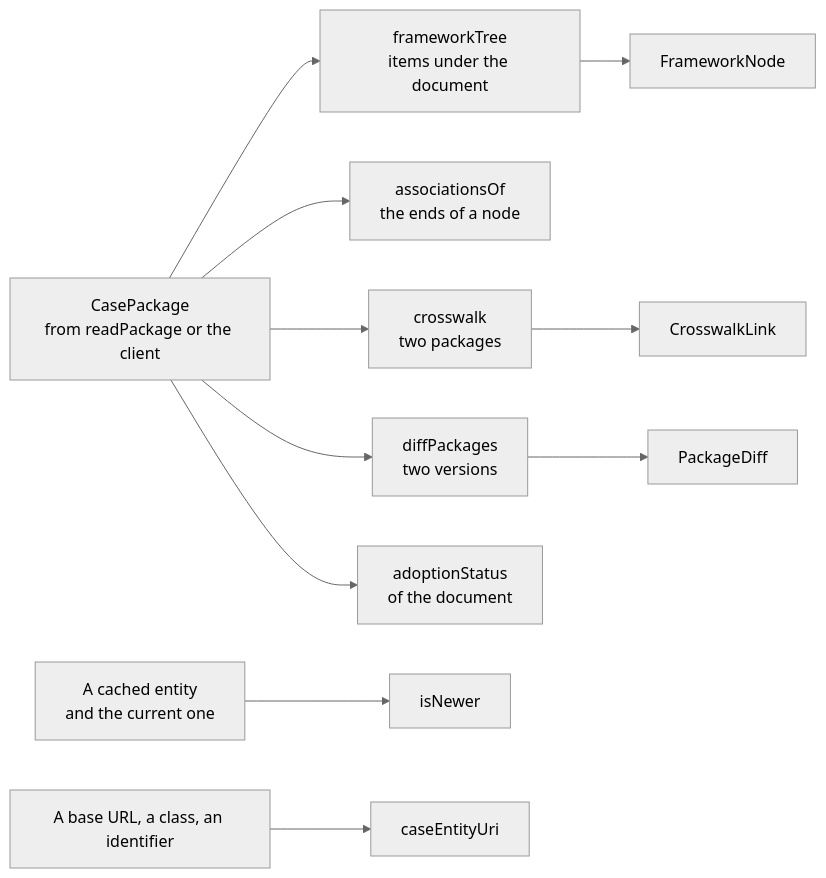
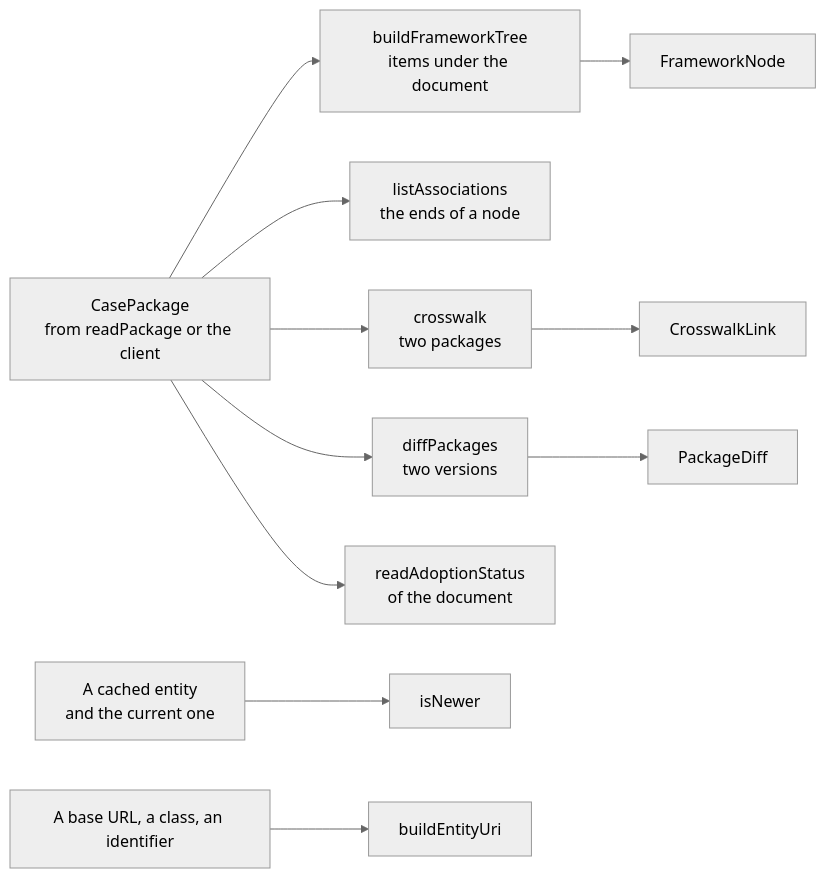
Before and after one commit to interopkit/interopkit: the diagram in docs/competency-frameworks/graph.md, drawn with Mermaid (neutral theme). The commit also changed other lines of this file and 368 other files, not shown here.

````diff
--- a/docs/competency-frameworks/graph.md
+++ b/docs/competency-frameworks/graph.md
@@ -9,13 +9,13 @@
 ```mermaid
 flowchart LR
-  pkg["CasePackage<br/>from readPackage or the client"] --> tree["frameworkTree<br/>items under the document"]
-  pkg --> assoc["associationsOf<br/>the ends of a node"]
+  pkg["CasePackage<br/>from readPackage or the client"] --> tree["buildFrameworkTree<br/>items under the document"]
+  pkg --> assoc["listAssociations<br/>the ends of a node"]
   pkg --> cross["crosswalk<br/>two packages"]
   pkg --> diff["diffPackages<br/>two versions"]
-  pkg --> status["adoptionStatus<br/>of the document"]
+  pkg --> status["readAdoptionStatus<br/>of the document"]
   cached["A cached entity<br/>and the current one"] --> newer["isNewer"]
-  base["A base URL, a class, an identifier"] --> uri["caseEntityUri"]
+  base["A base URL, a class, an identifier"] --> uri["buildEntityUri"]
   tree --> nodes["FrameworkNode"]
   cross --> links["CrosswalkLink"]
   diff --> changes["PackageDiff"]
 ```
````
